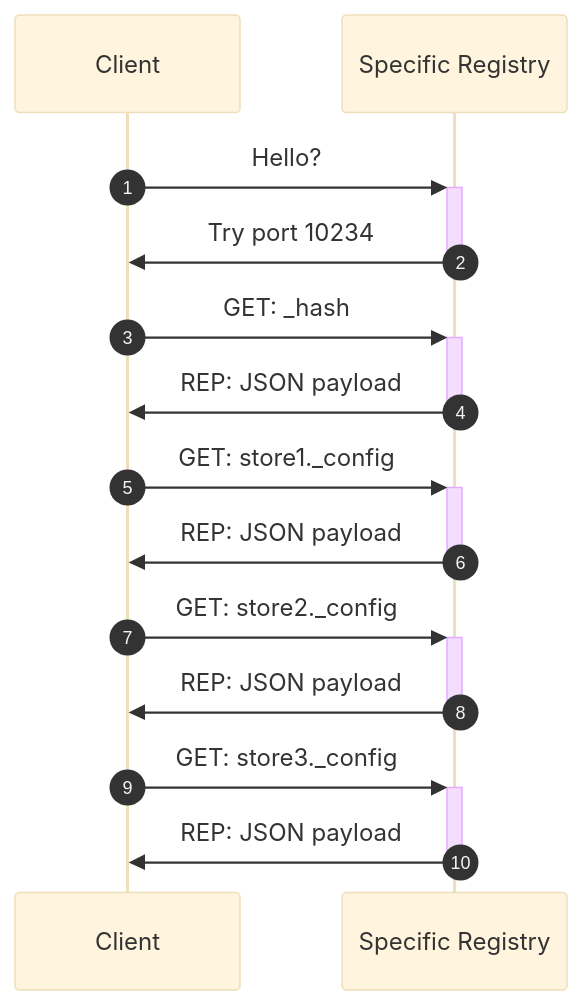
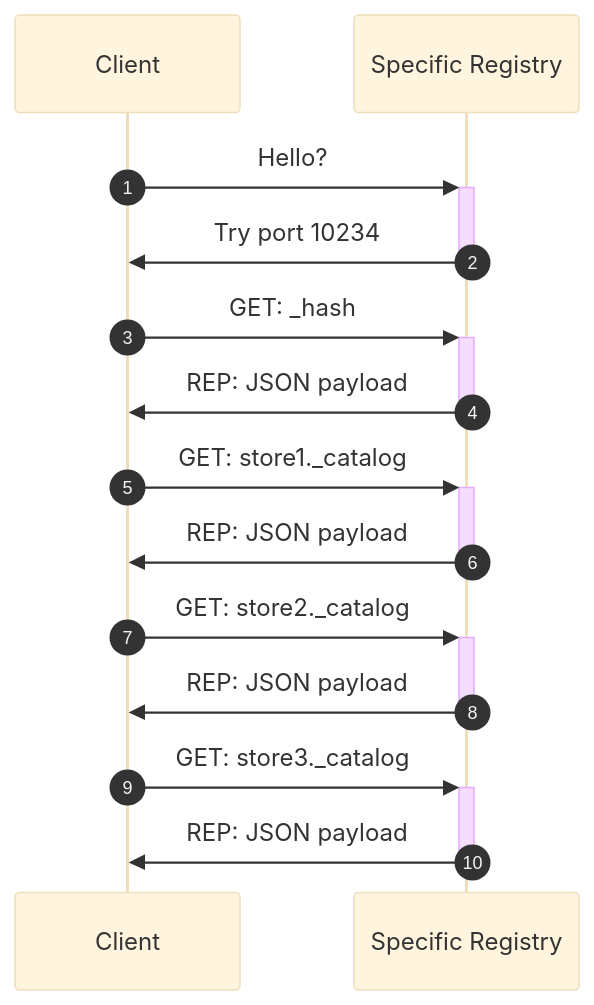
Before and after one commit to KeckObservatory/mKTL: the diagram in doc/protocol_discover_client_direct.mmd, drawn with Mermaid (base theme). The commit also changed 3 other files, not shown here.

Commit message:
_config is now _catalog.

```diff
--- a/doc/protocol_discover_client_direct.mmd
+++ b/doc/protocol_discover_client_direct.mmd
@@ -1,19 +1,19 @@
 sequenceDiagram
     autonumber
     Participant Client
     Participant Registry as Specific Registry
 
     Client->>+Registry: Hello?
     Registry->>-Client: Try port 10234
 
     Client->>+Registry: GET: _hash
     Registry->>-Client: REP: JSON payload
 
-    Client->>+Registry: GET: store1._config
+    Client->>+Registry: GET: store1._catalog
     Registry->>-Client: REP: JSON payload
 
-    Client->>+Registry: GET: store2._config
+    Client->>+Registry: GET: store2._catalog
     Registry->>-Client: REP: JSON payload
 
-    Client->>+Registry: GET: store3._config
+    Client->>+Registry: GET: store3._catalog
     Registry->>-Client: REP: JSON payload
```
